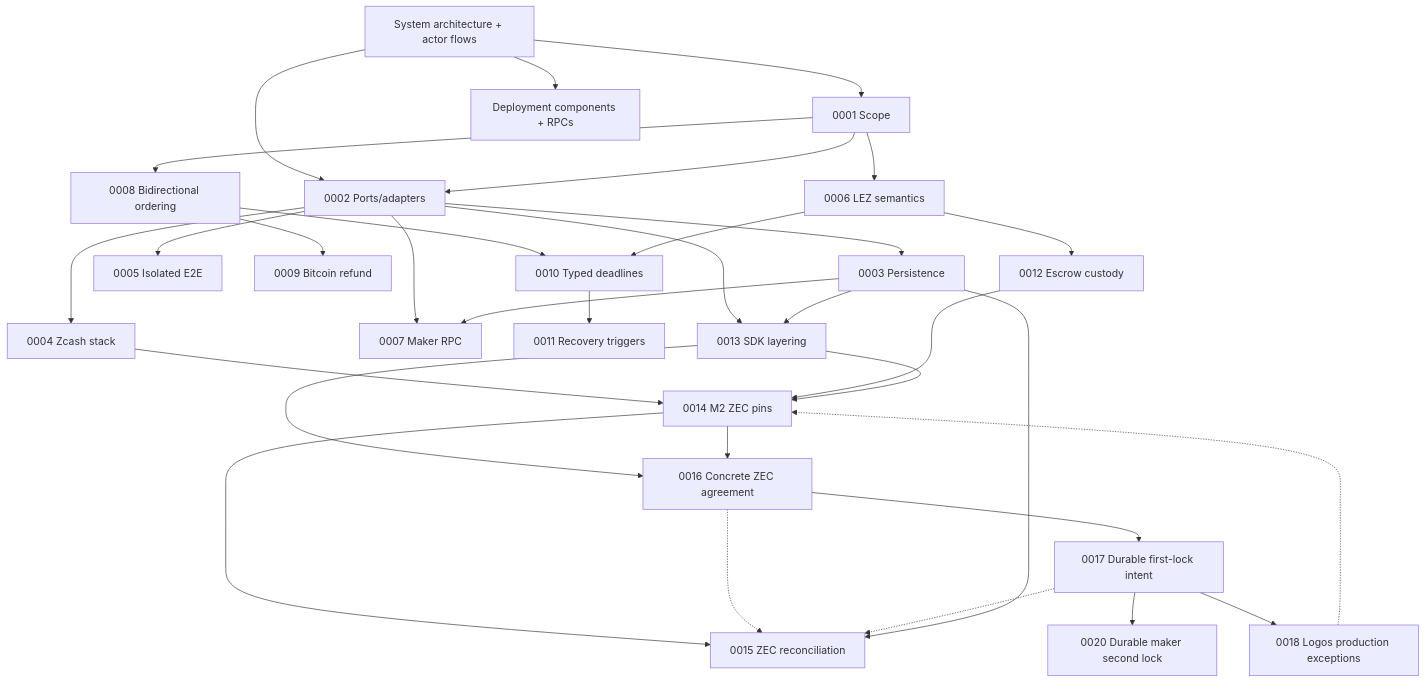
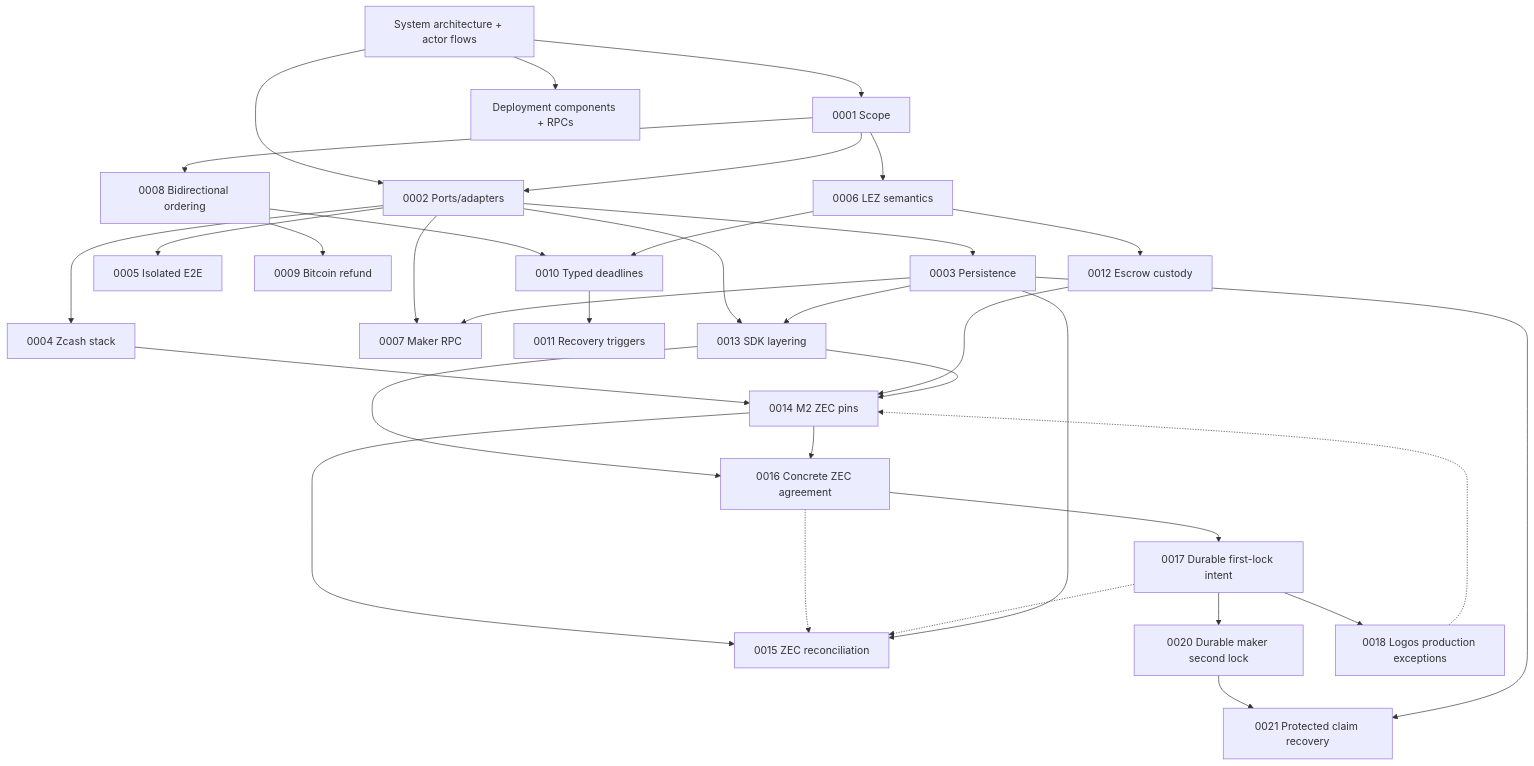
Before and after one commit to gateway-fm/lez-atomic-swaps: the diagram in docs/architecture/README.md, drawn with Mermaid. The commit also changed other lines of this file and 5 other files, not shown here.

Commit message:
docs: record protected claim recovery corridor

````diff
--- a/docs/architecture/README.md
+++ b/docs/architecture/README.md
@@ -25,34 +25,36 @@
 ```mermaid
 flowchart TB
     System["System architecture + actor flows"] --> Scope["0001 Scope"]
     System --> Deployment["Deployment components + RPCs"]
     System --> Ports["0002 Ports/adapters"]
     Scope --> Ports
     Ports --> Persistence["0003 Persistence"]
     Ports --> Zcash["0004 Zcash stack"]
     Ports --> Docker["0005 Isolated E2E"]
     Scope --> LEZ["0006 LEZ semantics"]
     Ports --> RPC["0007 Maker RPC"]
     Scope --> Direction["0008 Bidirectional ordering"]
     Direction --> Bitcoin["0009 Bitcoin refund"]
     Direction --> Deadlines["0010 Typed deadlines"]
     LEZ --> Deadlines
     Deadlines --> Recovery["0011 Recovery triggers"]
     LEZ --> Custody["0012 Escrow custody"]
     Ports --> SDK["0013 SDK layering"]
     Zcash --> ZecPins["0014 M2 ZEC pins"]
     Custody --> ZecPins
     SDK --> ZecPins
     ZecPins --> ZecReconcile["0015 ZEC reconciliation"]
     SDK --> Agreement["0016 Concrete ZEC agreement"]
     Agreement --> FirstLock["0017 Durable first-lock intent"]
     FirstLock --> MakerLock["0020 Durable maker second lock"]
+    MakerLock --> ClaimRecovery["0021 Protected claim recovery"]
     ZecPins --> Agreement
     Agreement -.-> ZecReconcile
     FirstLock -.-> ZecReconcile
     FirstLock --> Upstream["0018 Logos production exceptions"]
     Upstream -.-> ZecPins
     Persistence --> ZecReconcile
     Persistence --> SDK
     Persistence --> RPC
+    Persistence --> ClaimRecovery
 ```
````
